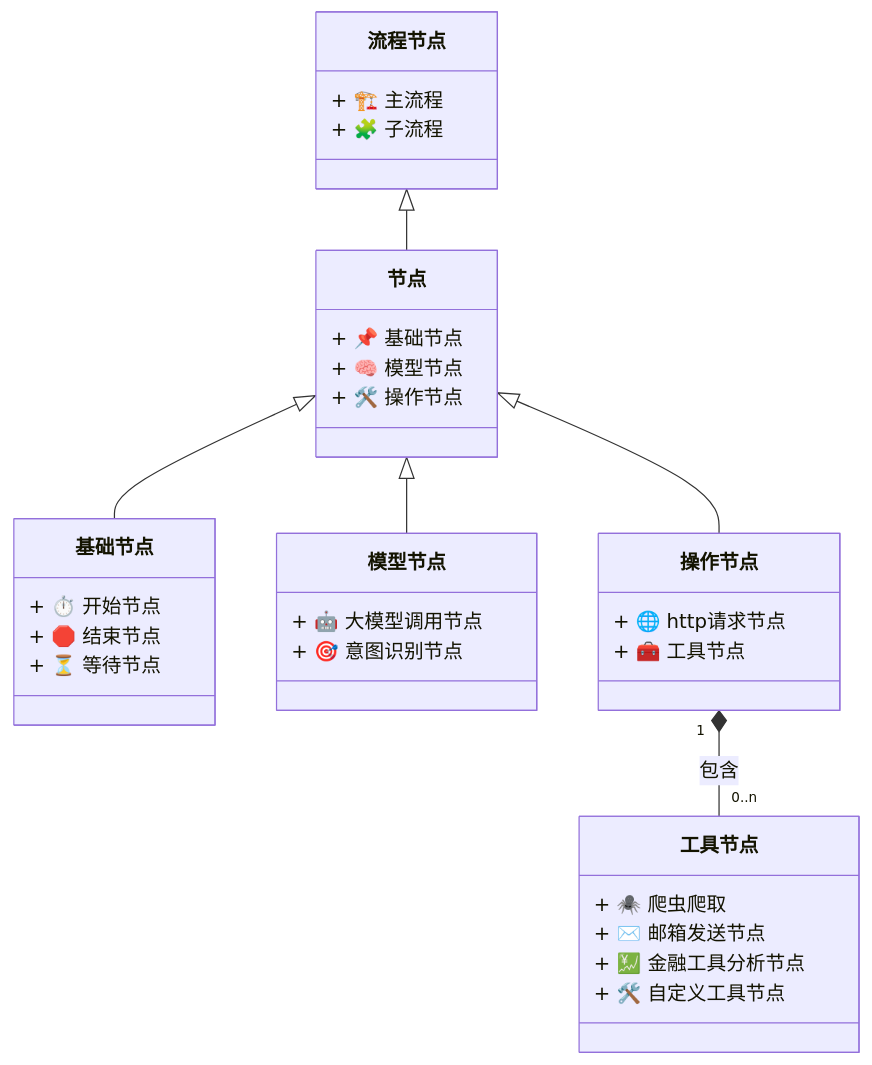
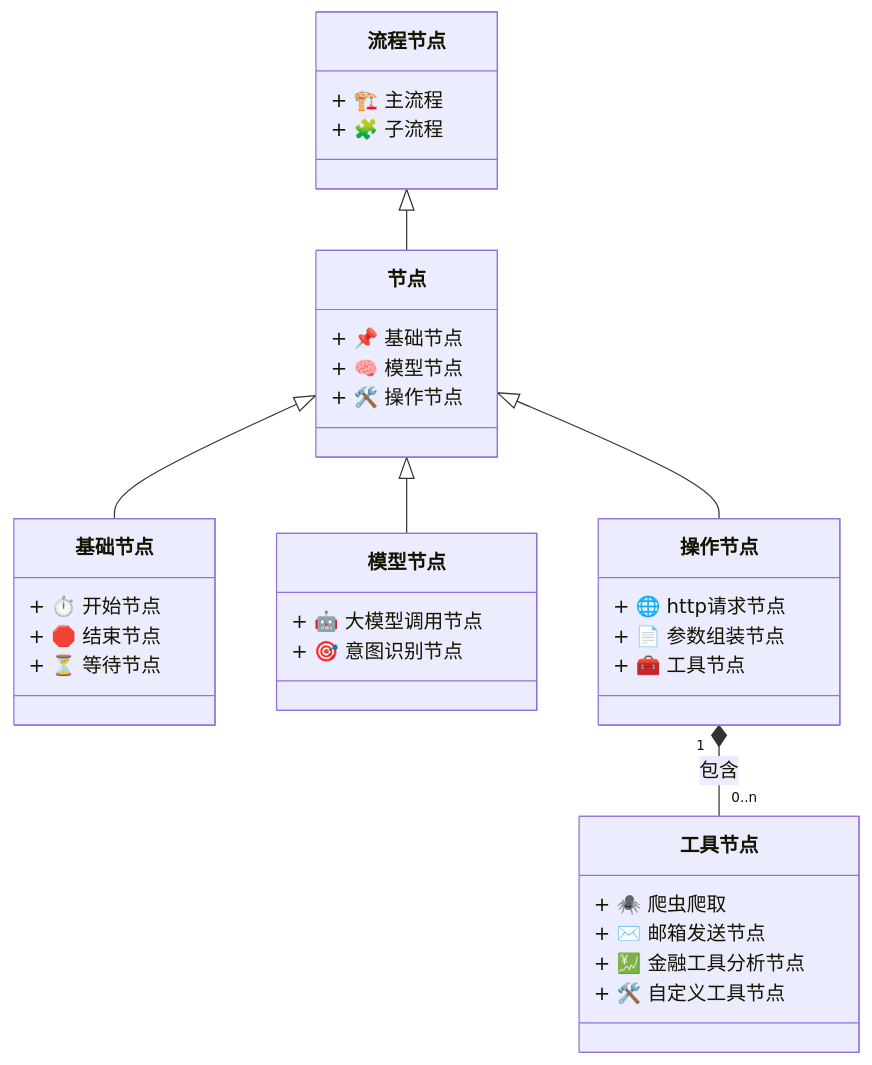
The diagram in prd.md (electroluxcode/ai-bots), drawn with Mermaid before and after one commit. The commit also changed other lines of this file and 6 other files, not shown here.

````diff
--- a/prd.md
+++ b/prd.md
@@ -5,45 +5,46 @@
 ```mermaid
 classDiagram
     class 节点{
         + 📌 基础节点
         + 🧠 模型节点
         + 🛠️ 操作节点
     }
     
     class 基础节点{
         + ⏱️ 开始节点
         + 🛑 结束节点
         + ⏳ 等待节点
     }
     
     class 模型节点{
         + 🤖 大模型调用节点
         + 🎯 意图识别节点
     }
     
     class 操作节点{
         + 🌐 http请求节点
+        + 📄 参数组装节点
         + 🧰 工具节点
     }
     
     class 工具节点{
         + 🕷️ 爬虫爬取
         + ✉️ 邮箱发送节点
         + 💹 金融工具分析节点
         + 🛠️ 自定义工具节点
     }
     
     class 流程节点{
         + 🏗️ 主流程
         + 🧩 子流程
     }
     
     %% 继承关系
     流程节点 <|-- 节点
     节点 <|-- 基础节点
     节点 <|-- 模型节点
     节点 <|-- 操作节点
     
     %% 修改为组合关系
     操作节点 "1" *-- "0..n" 工具节点 : 包含
 ```
````
